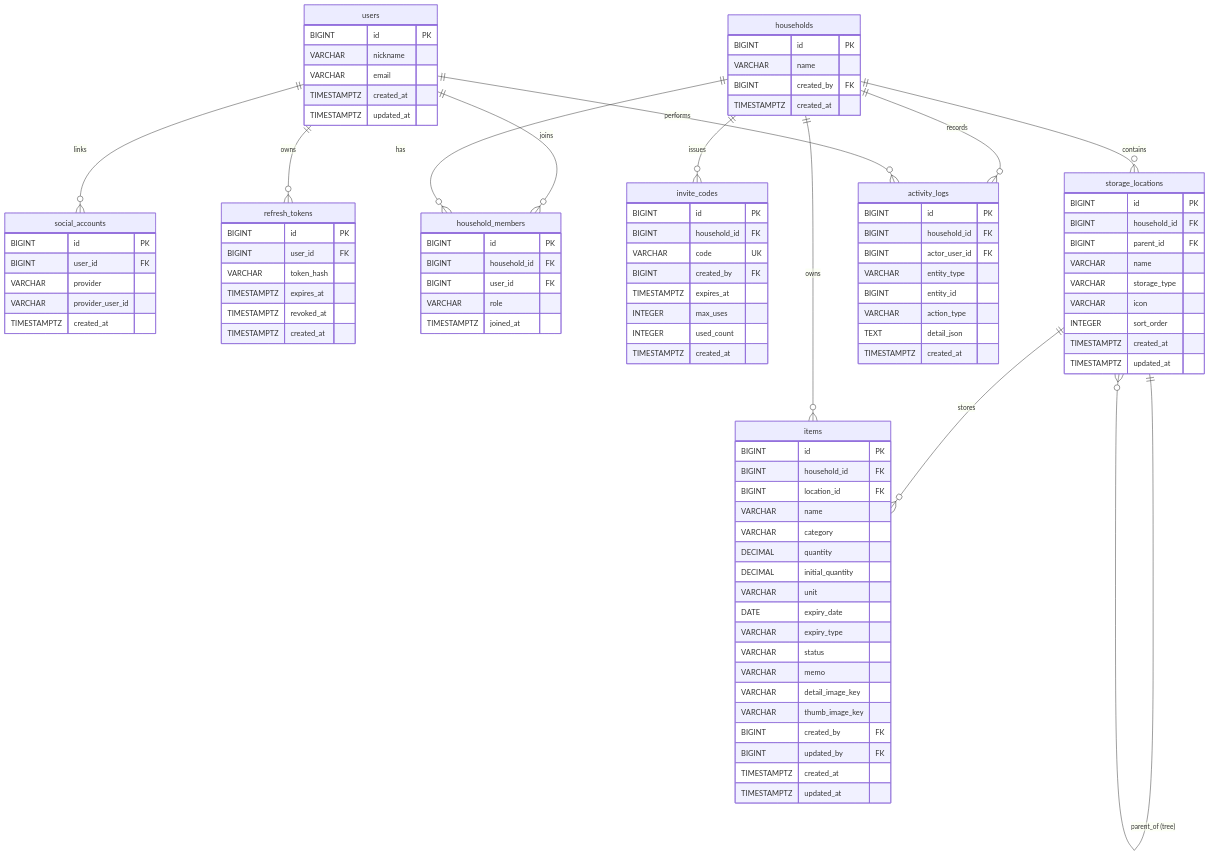
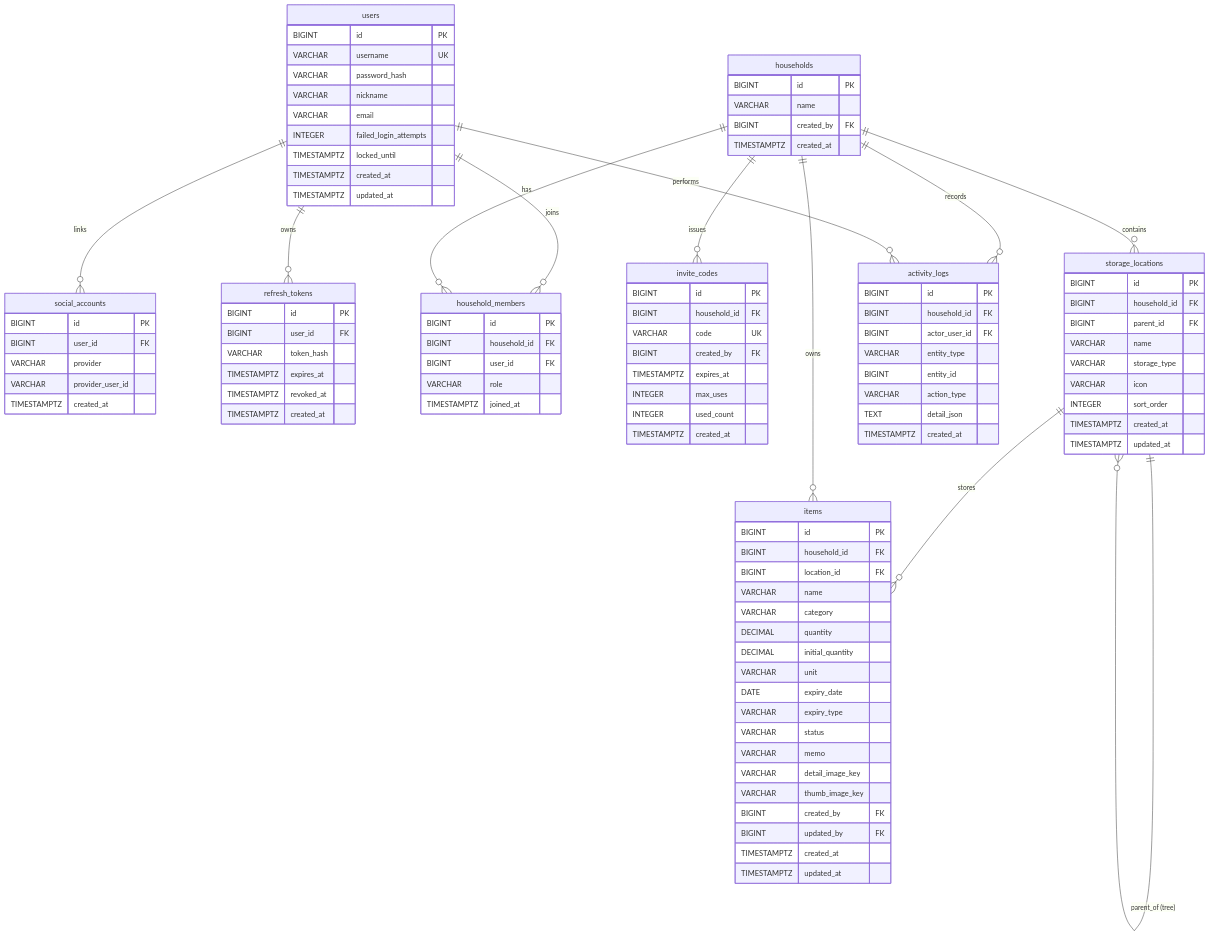
The diagram in docs/02-architecture/03-database-erd.md (mjcode1588/refrigerator_manger), drawn with Mermaid before and after one commit. The commit also changed other lines of this file and 31 other files, not shown here.

```diff
--- a/docs/02-architecture/03-database-erd.md
+++ b/docs/02-architecture/03-database-erd.md
@@ -34,8 +34,12 @@
 
     users {
         BIGINT id PK
+        VARCHAR username UK
+        VARCHAR password_hash
         VARCHAR nickname
         VARCHAR email
+        INTEGER failed_login_attempts
+        TIMESTAMPTZ locked_until
         TIMESTAMPTZ created_at
         TIMESTAMPTZ updated_at
     }
```
